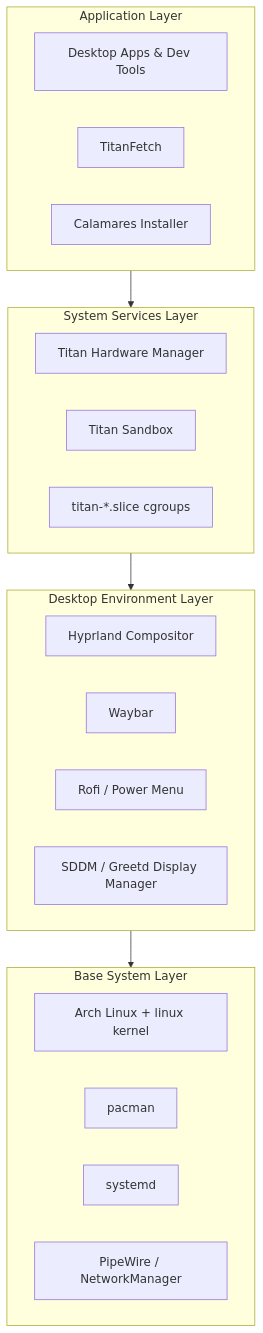
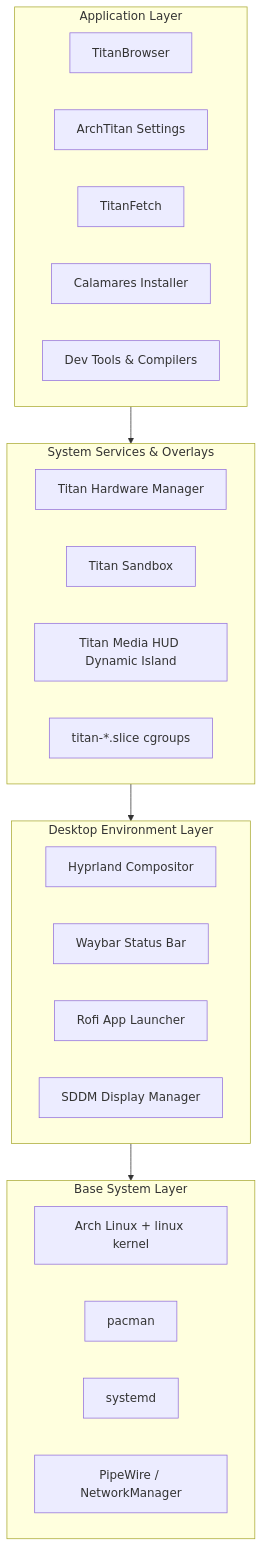
One commit to GitGuru29/archtitan-os changed the first of 4 diagrams in wiki/Architecture.md. Above: the diagram before and after it, drawn with Mermaid. The commit also changed other lines of this file and 13 other files, not shown here.

Commit message:
docs(wiki): update wiki documentation with latest components and architectural details

````diff
--- a/wiki/Architecture.md
+++ b/wiki/Architecture.md
@@ -9,32 +9,35 @@
 ```mermaid
 graph TD
     subgraph L4["Application Layer"]
-        Apps[Desktop Apps & Dev Tools]
+        TB[TitanBrowser]
+        TS_GUI[ArchTitan Settings]
         TF[TitanFetch]
         Cal[Calamares Installer]
+        Apps[Dev Tools & Compilers]
     end
 
-    subgraph L3["System Services Layer"]
+    subgraph L3["System Services & Overlays"]
         THM[Titan Hardware Manager]
         TS[Titan Sandbox]
+        HUD[Titan Media HUD Dynamic Island]
         Slices[titan-*.slice cgroups]
     end
 
     subgraph L2["Desktop Environment Layer"]
         H[Hyprland Compositor]
-        WB[Waybar]
-        R[Rofi / Power Menu]
-        SDDM[SDDM / Greetd Display Manager]
+        WB[Waybar Status Bar]
+        R[Rofi App Launcher]
+        SDDM[SDDM Display Manager]
     end
 
     subgraph L1["Base System Layer"]
         Arch[Arch Linux + linux kernel]
         Pac[pacman]
         SysD[systemd]
         Pipe[PipeWire / NetworkManager]
     end
 
     L4 --> L3
     L3 --> L2
     L2 --> L1
 ```
````
